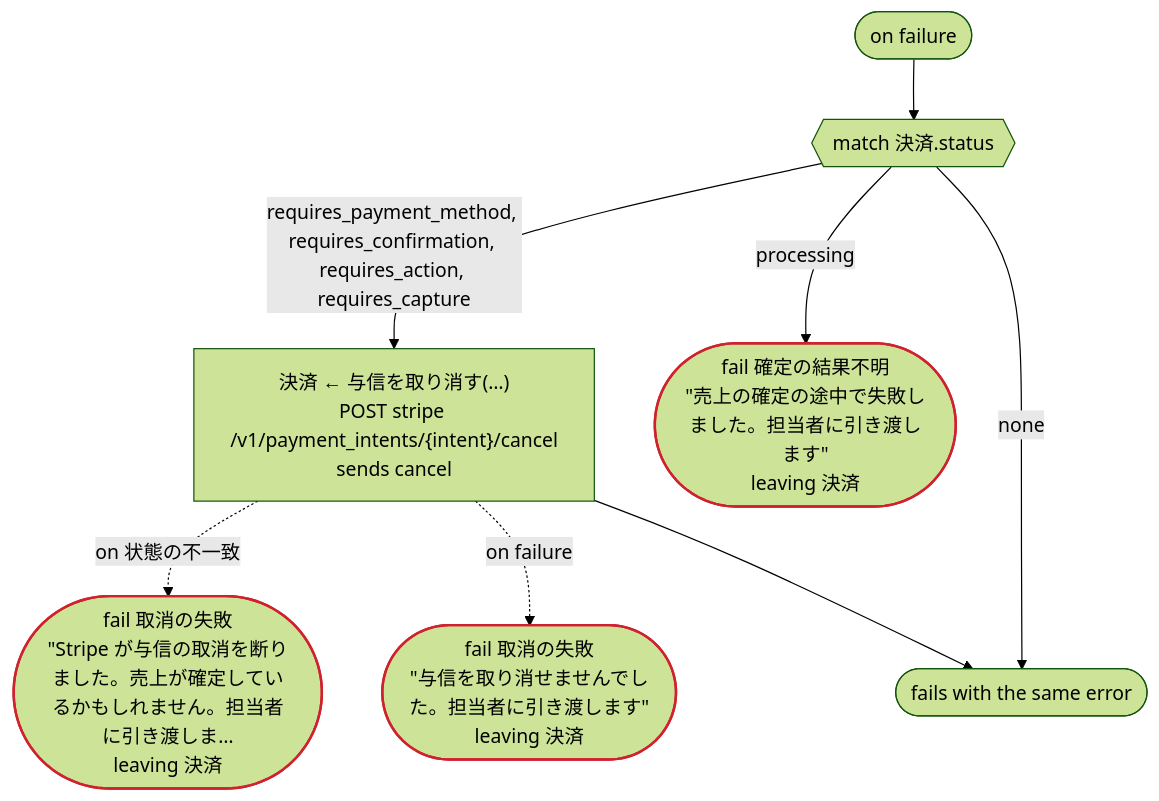
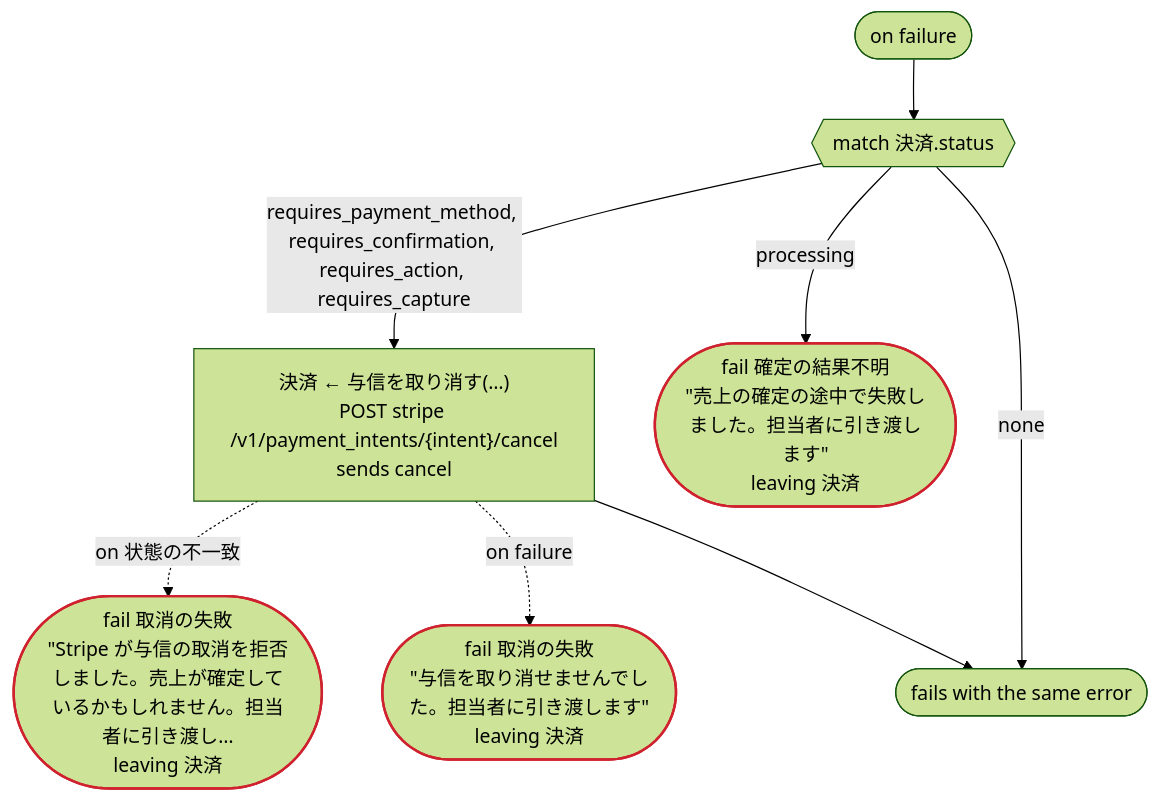
One commit to i2y/ritsu changed the second of 4 diagrams in crates/dandori/tests/doc/examples-hotel-temporal-hotel-ja.en.md. Above: the diagram before and after it, drawn with Mermaid (forest theme). The commit also changed other lines of this file and 523 other files, not shown here.

````diff
--- a/crates/dandori/tests/doc/examples-hotel-temporal-hotel-ja.en.md
+++ b/crates/dandori/tests/doc/examples-hotel-temporal-hotel-ja.en.md
@@ -82,20 +82,20 @@
 ```mermaid
 flowchart TD
     onf(["on failure"])
     s30{{"match 決済.status"}}
     s32["決済 ← 与信を取り消す(…)<br>POST stripe /v1/payment_intents/{intent}/cancel<br>sends cancel"]
-    s33(["fail 取消の失敗<br>#quot;Stripe が与信の取消を断りました。売上が確定しているかもしれません。担当者に引き渡しま…<br>leaving 決済"])
+    s33(["fail 取消の失敗<br>#quot;Stripe が与信の取消を拒否しました。売上が確定しているかもしれません。担当者に引き渡し…<br>leaving 決済"])
     s34(["fail 取消の失敗<br>#quot;与信を取り消せませんでした。担当者に引き渡します#quot;<br>leaving 決済"])
     s35(["fail 確定の結果不明<br>#quot;売上の確定の途中で失敗しました。担当者に引き渡します#quot;<br>leaving 決済"])
     onfEnd(["fails with the same error"])
     onf --> s30
     s30 -->|"requires_payment_method, requires_confirmation, requires_action, requires_capture"| s32
     s32 -.->|"on 状態の不一致"| s33
     s32 -.->|"on failure"| s34
     s30 -->|"processing"| s35
     s30 -->|"none"| onfEnd
     s32 --> onfEnd
     classDef ok stroke:#2da44e,stroke-width:2px
     classDef bad stroke:#cf222e,stroke-width:2px
     class s33,s34,s35 bad
 ```
````
